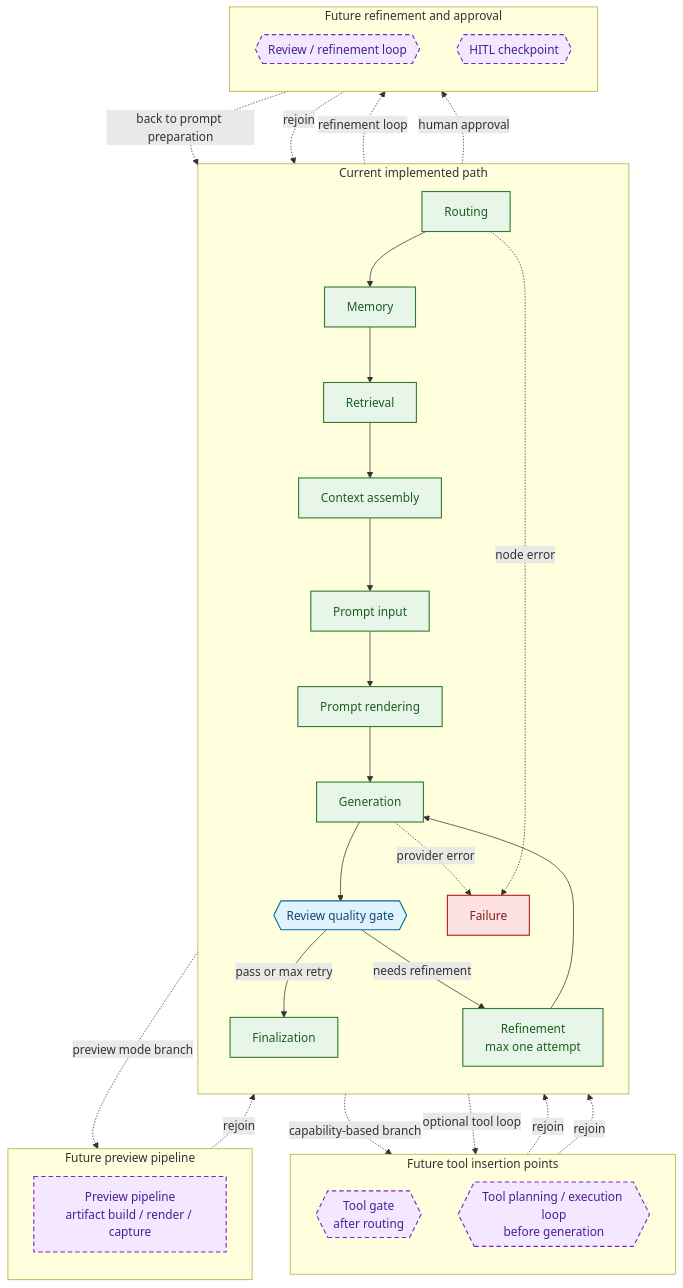
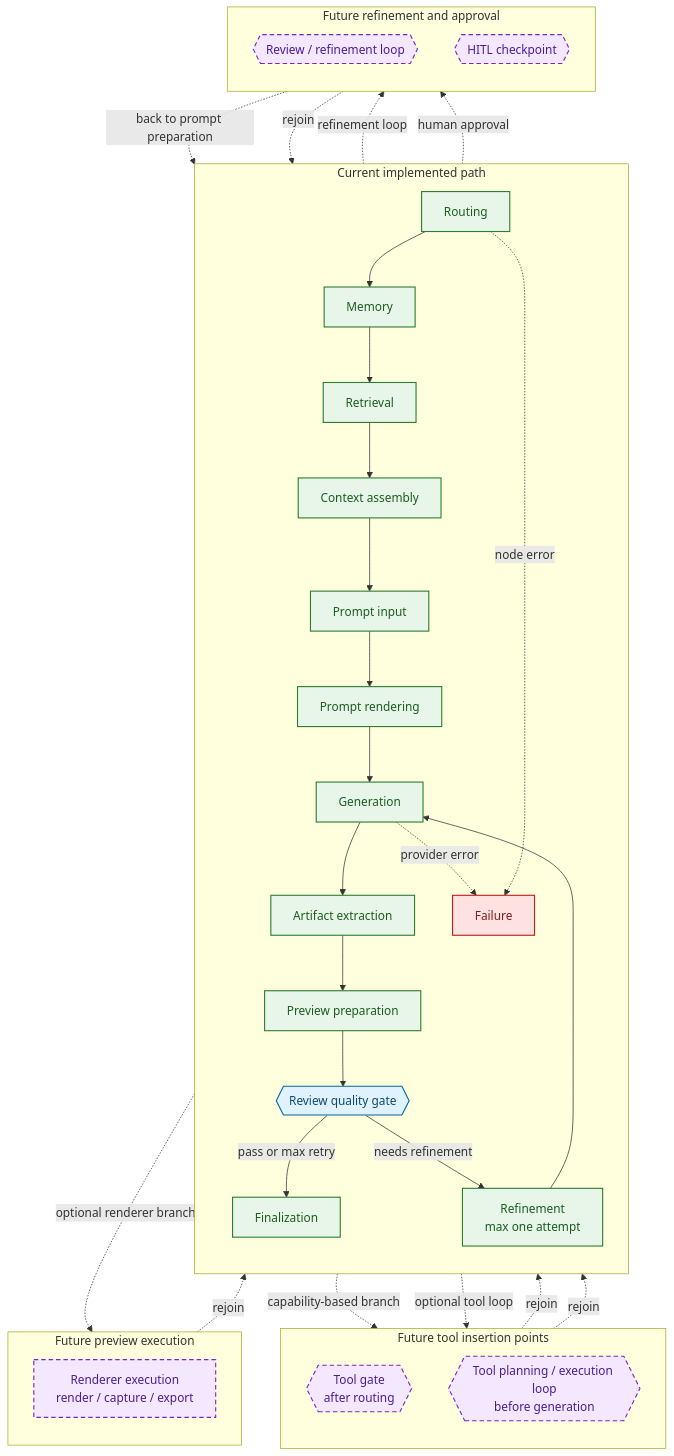
The third of 3 diagrams in architecture/workflow_graph.md (lmguerrini/creative-coding-assistant), drawn with Mermaid before and after one commit. The commit also changed other lines of this file and 20 other files, not shown here.

First line of the commit message:
Add graph-owned preview pipeline

````diff
--- a/architecture/workflow_graph.md
+++ b/architecture/workflow_graph.md
@@ -234,60 +248,62 @@
 ```mermaid
 flowchart TB
     classDef implemented fill:#E8F5E9,stroke:#2E7D32,color:#1B5E20,stroke-width:1.5px;
     classDef gate fill:#E0F2FE,stroke:#0369A1,color:#0C4A6E,stroke-width:1.5px;
     classDef failure fill:#FEE2E2,stroke:#B91C1C,color:#7F1D1D,stroke-width:1.5px;
     classDef future fill:#F3E8FF,stroke:#7E22CE,color:#4C1D95,stroke-width:1.5px,stroke-dasharray: 6 4;
 
     subgraph current_path["Current implemented path"]
         direction TB
         routing["Routing"]
         memory["Memory"]
         retrieval["Retrieval"]
         context_assembly["Context assembly"]
         prompt_input["Prompt input"]
         prompt_rendering["Prompt rendering"]
         generation["Generation"]
+        artifact_extraction["Artifact extraction"]
+        preview_preparation["Preview preparation"]
         review{{"Review quality gate"}}
         refinement["Refinement<br/>max one attempt"]
         finalization["Finalization"]
         failure["Failure"]
-        routing --> memory --> retrieval --> context_assembly --> prompt_input --> prompt_rendering --> generation --> review
+        routing --> memory --> retrieval --> context_assembly --> prompt_input --> prompt_rendering --> generation --> artifact_extraction --> preview_preparation --> review
         review -->|"pass or max retry"| finalization
         review -->|"needs refinement"| refinement --> generation
         generation -. provider error .-> failure
         routing -. node error .-> failure
     end
 
     subgraph future_tools["Future tool insertion points"]
         direction TB
         tool_gate{{Tool gate<br/>after routing}}
         tool_loop{{Tool planning / execution loop<br/>before generation}}
     end
 
-    subgraph future_preview["Future preview pipeline"]
+    subgraph future_preview["Future preview execution"]
         direction TB
-        preview["Preview pipeline<br/>artifact build / render / capture"]
+        preview["Renderer execution<br/>render / capture / export"]
     end
 
     subgraph future_refinement["Future refinement and approval"]
         direction TB
         retry{{Review / refinement loop}}
         hitl{{HITL checkpoint}}
     end
 
     routing -. capability-based branch .-> tool_gate
     tool_gate -. rejoin .-> memory
     prompt_rendering -. optional tool loop .-> tool_loop
     tool_loop -. rejoin .-> generation
-    generation -. preview mode branch .-> preview
+    preview_preparation -. optional renderer branch .-> preview
     preview -. rejoin .-> review
     review -. refinement loop .-> retry
     retry -. back to prompt preparation .-> prompt_input
     review -. human approval .-> hitl
     hitl -. rejoin .-> finalization
 
-    class routing,memory,retrieval,context_assembly,prompt_input,prompt_rendering,generation,refinement,finalization implemented
+    class routing,memory,retrieval,context_assembly,prompt_input,prompt_rendering,generation,artifact_extraction,preview_preparation,refinement,finalization implemented
     class review gate
     class failure failure
     class tool_gate,tool_loop,preview,retry,hitl future
 ```
````
